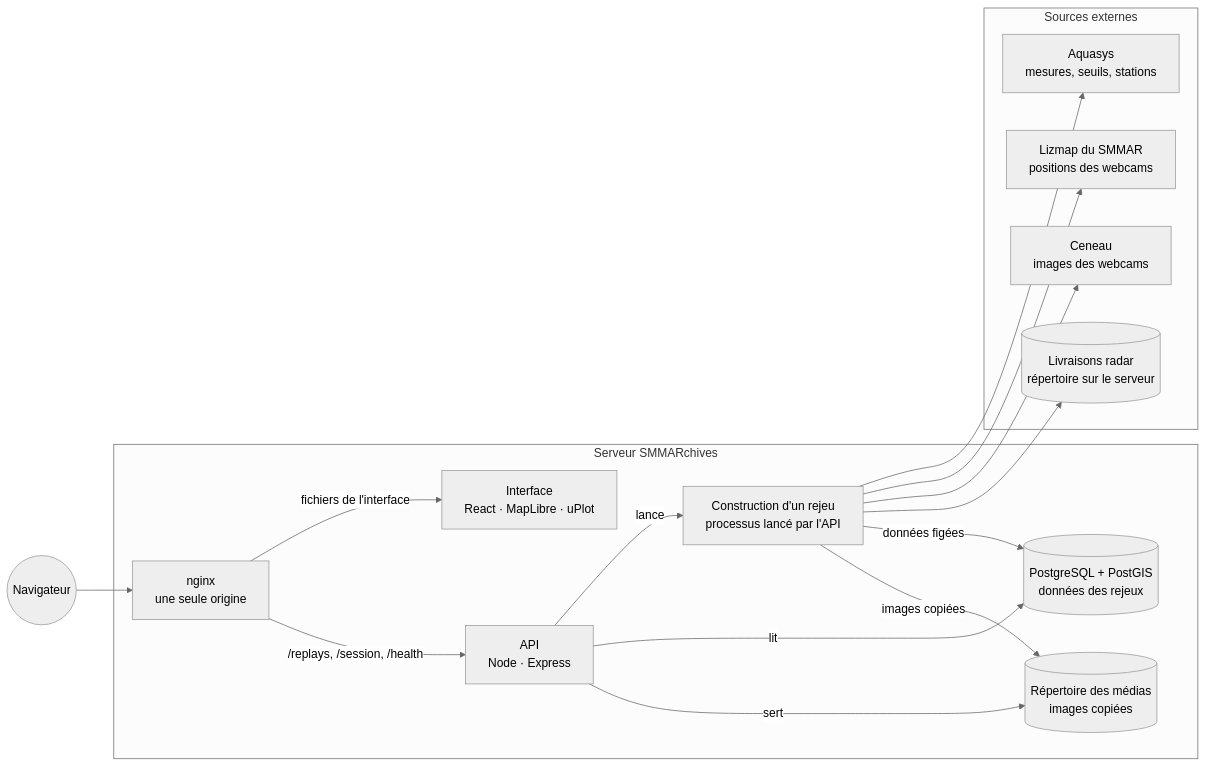
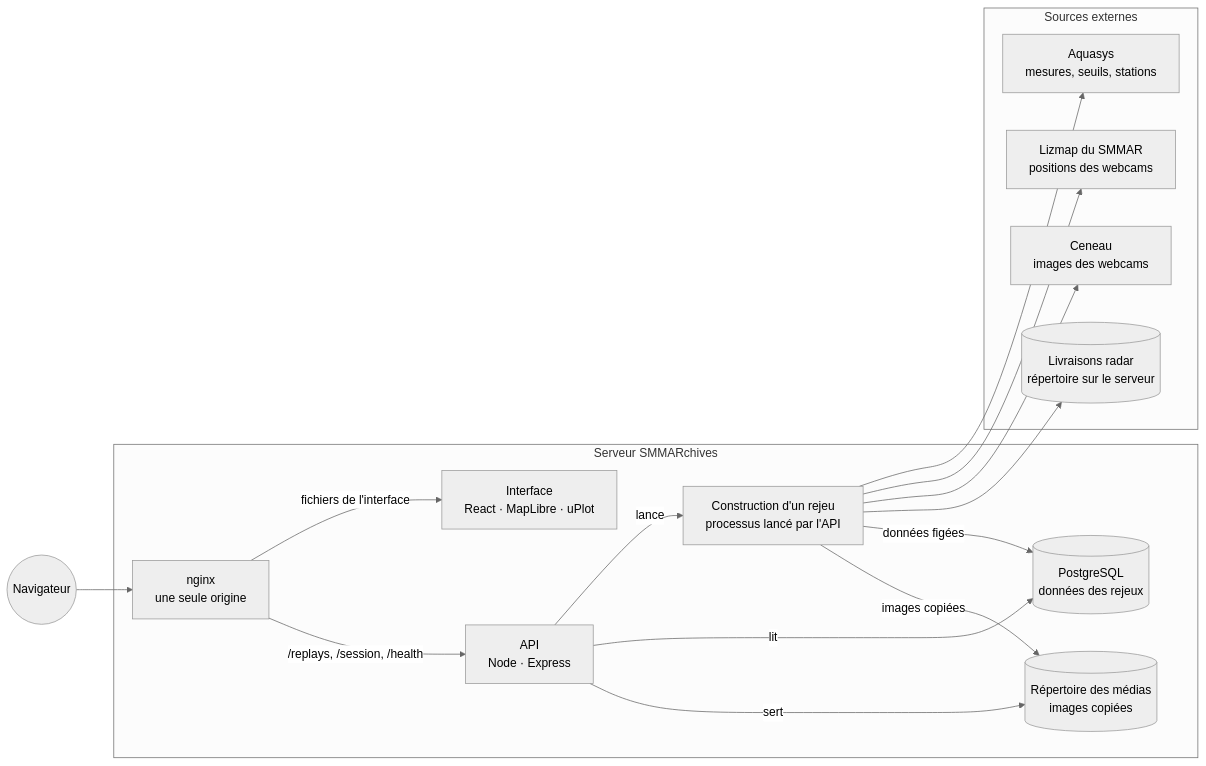
One commit to smmareptb11/SMMARchives changed the first of 2 diagrams in docs/architecture.md. Above: the diagram before and after it, drawn with Mermaid (neutral theme). The commit also changed other lines of this file and 14 other files, not shown here.

First line of the commit message:
build: drop PostGIS, store positions as plain columns and GeoJSON

````diff
--- a/docs/architecture.md
+++ b/docs/architecture.md
@@ -10,33 +10,33 @@
 ```mermaid
 flowchart LR
   Navigateur((Navigateur))
 
   subgraph Serveur["Serveur SMMARchives"]
     nginx["nginx<br/>une seule origine"]
     web["Interface<br/>React · MapLibre · uPlot"]
     api["API<br/>Node · Express"]
     build["Construction d'un rejeu<br/>processus lancé par l'API"]
-    db[("PostgreSQL + PostGIS<br/>données des rejeux")]
+    db[("PostgreSQL<br/>données des rejeux")]
     media[("Répertoire des médias<br/>images copiées")]
   end
 
   subgraph Sources["Sources externes"]
     aquasys["Aquasys<br/>mesures, seuils, stations"]
     lizmap["Lizmap du SMMAR<br/>positions des webcams"]
     ceneau["Ceneau<br/>images des webcams"]
     radar[("Livraisons radar<br/>répertoire sur le serveur")]
   end
 
   Navigateur --> nginx
   nginx -->|"fichiers de l'interface"| web
   nginx -->|"/replays, /session, /health"| api
   api -->|lance| build
   build --> aquasys
   build --> lizmap
   build --> ceneau
   build --> radar
   build -->|"données figées"| db
   build -->|"images copiées"| media
   api -->|lit| db
   api -->|sert| media
 ```
````
